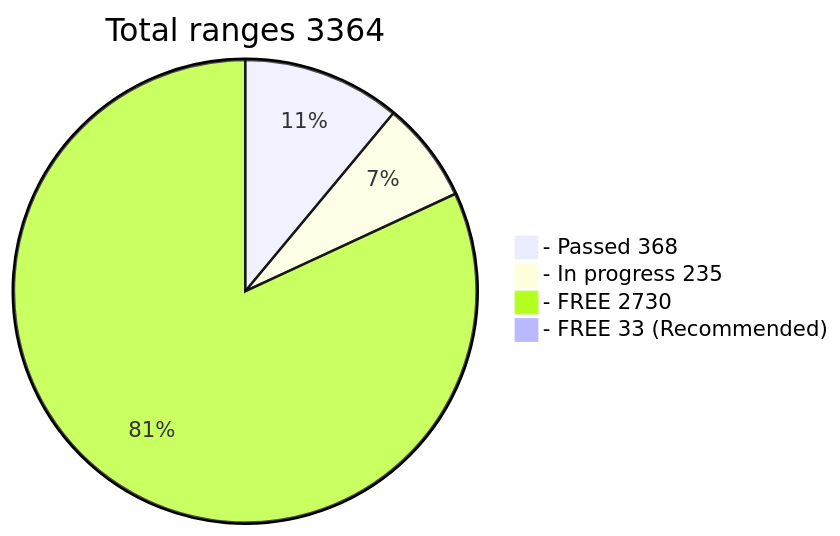
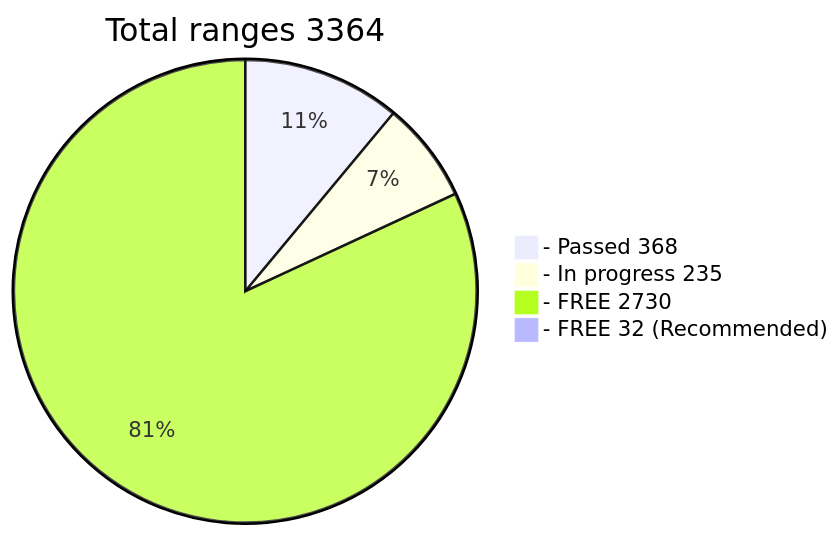
One commit to phrutis/wif500 changed the diagram in README.md. Above: the diagram before and after it, drawn with Mermaid.

````diff
--- a/README.md
+++ b/README.md
@@ -16,7 +16,7 @@
 ```mermaid
 pie title Total ranges 3364
   "- Passed 368" : 368
   "- In progress 235" : 235
   "- FREE 2730" : 2730
-  "- FREE 33 (Recommended)" : 33
+  "- FREE 32 (Recommended)" : 32
 ```
````
